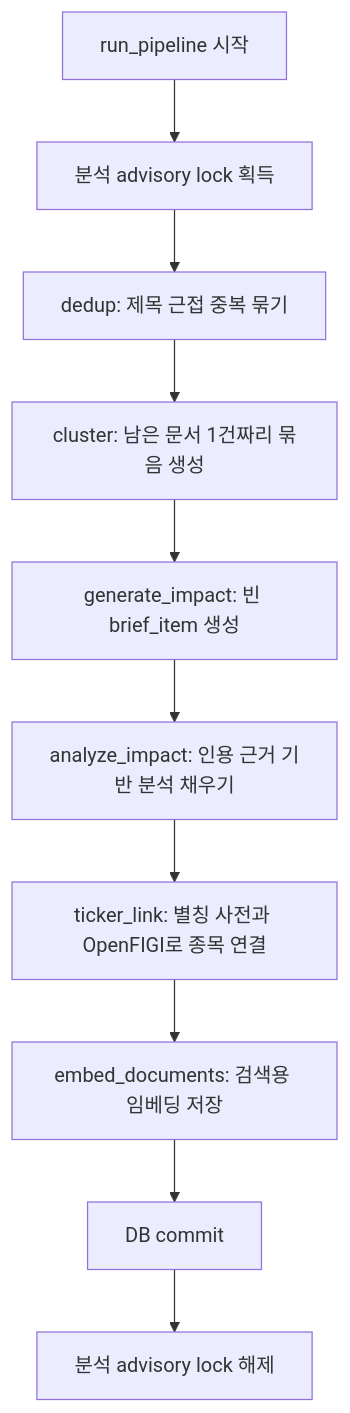
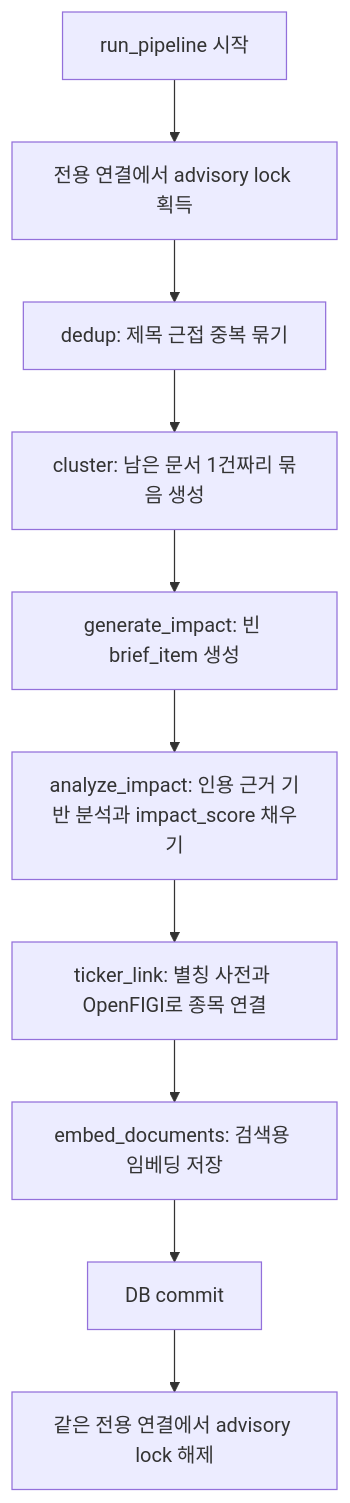
The first of 5 diagrams in docs/learnings/03-impact-pipeline.md (SJayKim/finance_agent), drawn with Mermaid before and after one commit. The commit also changed other lines of this file and 10 other files, not shown here.

````diff
--- a/docs/learnings/03-impact-pipeline.md
+++ b/docs/learnings/03-impact-pipeline.md
@@ -15,12 +15,12 @@
 ```mermaid
 flowchart TD
-    Start[run_pipeline 시작] --> Lock[분석 advisory lock 획득]
+    Start[run_pipeline 시작] --> Lock[전용 연결에서 advisory lock 획득]
     Lock --> Dedup[dedup: 제목 근접 중복 묶기]
     Dedup --> Cluster[cluster: 남은 문서 1건짜리 묶음 생성]
     Cluster --> Generate[generate_impact: 빈 brief_item 생성]
-    Generate --> Analyze[analyze_impact: 인용 근거 기반 분석 채우기]
+    Generate --> Analyze[analyze_impact: 인용 근거 기반 분석과 impact_score 채우기]
     Analyze --> Ticker[ticker_link: 별칭 사전과 OpenFIGI로 종목 연결]
     Ticker --> Embed[embed_documents: 검색용 임베딩 저장]
     Embed --> Commit[DB commit]
-    Commit --> Unlock[분석 advisory lock 해제]
+    Commit --> Unlock[같은 전용 연결에서 advisory lock 해제]
 ```
````
